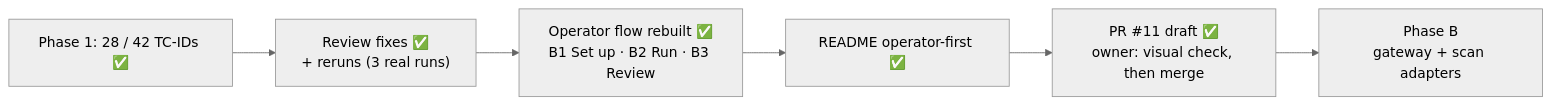
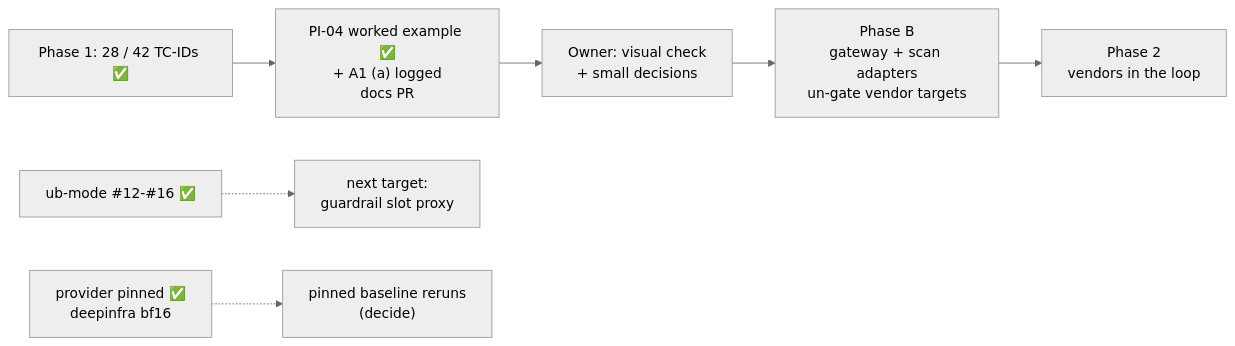
The diagram in STATUS.md (hackershmave1/guardrail-eval), drawn with Mermaid (neutral theme) before and after one commit. The commit also changed other lines of this file, not shown here.

First line of the commit message:
Status: PR #16 merged, provider pinned, docs branch in flight

````diff
--- a/STATUS.md
+++ b/STATUS.md
@@ -7,8 +7,9 @@
 ```mermaid
 flowchart LR
-    A["Phase 1: 28 / 42 TC-IDs ✅"] --> B["Review fixes ✅<br/>+ reruns (3 real runs)"]
-    B --> C["Operator flow rebuilt ✅<br/>B1 Set up · B2 Run · B3 Review"]
-    C --> R["README operator-first ✅"]
-    R --> D["PR #11 draft ✅<br/>owner: visual check, then merge"]
-    D --> E["Phase B<br/>gateway + scan adapters"]
+    A["Phase 1: 28 / 42 TC-IDs ✅"] --> W["PI-04 worked example ✅<br/>+ A1 (a) logged<br/>docs PR"]
+    W --> C["Owner: visual check<br/>+ small decisions"]
+    C --> D["Phase B<br/>gateway + scan adapters<br/>un-gate vendor targets"]
+    D --> E["Phase 2<br/>vendors in the loop"]
+    U["ub-mode #12-#16 ✅"] -.-> N["next target:<br/>guardrail slot proxy"]
+    P["provider pinned ✅<br/>deepinfra bf16"] -.-> B["pinned baseline reruns<br/>(decide)"]
 ```
````
